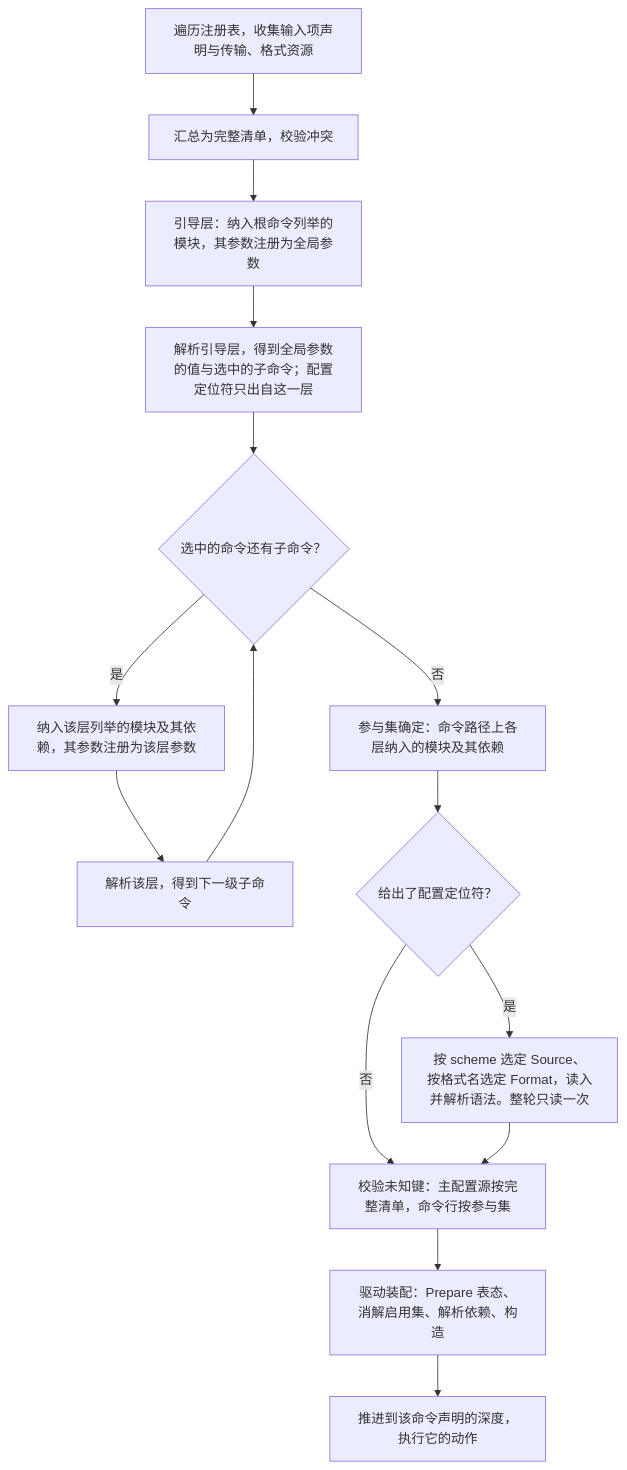
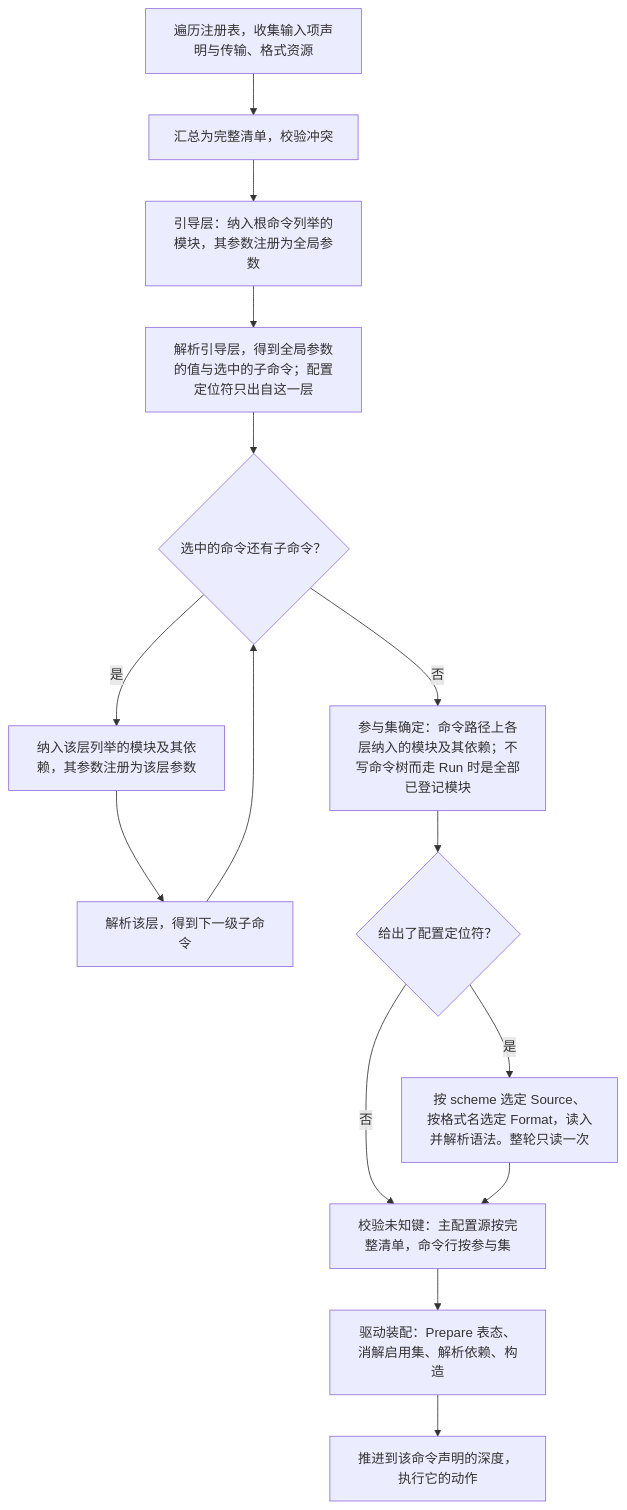
Before and after one commit to wangzw/speed: the second of 2 diagrams in docs/design/modules/design-config.md, drawn with Mermaid. The commit also changed other lines of this file and 40 other files, not shown here.

````diff
--- a/docs/design/modules/design-config.md
+++ b/docs/design/modules/design-config.md
@@ -348,17 +348,17 @@
 ```mermaid
 flowchart TD
     collect["遍历注册表，收集输入项声明与传输、格式资源"] --> merge["汇总为完整清单，校验冲突"]
     merge --> boot["引导层：纳入根命令列举的模块，其参数注册为全局参数"]
     boot --> first["解析引导层，得到全局参数的值与选中的子命令；配置定位符只出自这一层"]
     first --> leaf{"选中的命令还有子命令？"}
     leaf -- 是 --> descend["纳入该层列举的模块及其依赖，其参数注册为该层参数"]
     descend --> next["解析该层，得到下一级子命令"]
     next --> leaf
-    leaf -- 否 --> settle["参与集确定：命令路径上各层纳入的模块及其依赖"]
+    leaf -- 否 --> settle["参与集确定：命令路径上各层纳入的模块及其依赖；不写命令树而走 Run 时是全部已登记模块"]
     settle --> locator{"给出了配置定位符？"}
     locator -- 是 --> read["按 scheme 选定 Source、按格式名选定 Format，读入并解析语法。整轮只读一次"]
     locator -- 否 --> unknown
     read --> unknown["校验未知键：主配置源按完整清单，命令行按参与集"]
     unknown --> drive["驱动装配：Prepare 表态、消解启用集、解析依赖、构造"]
     drive --> act["推进到该命令声明的深度，执行它的动作"]
 ```
````
